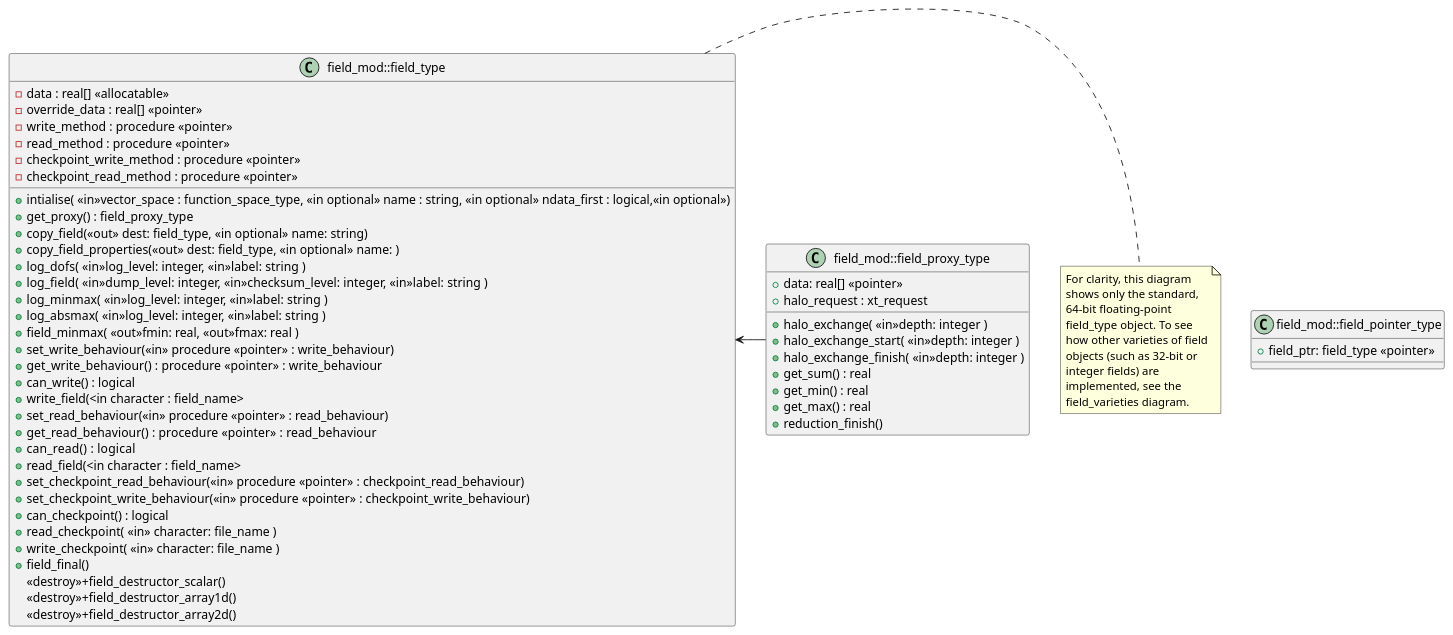
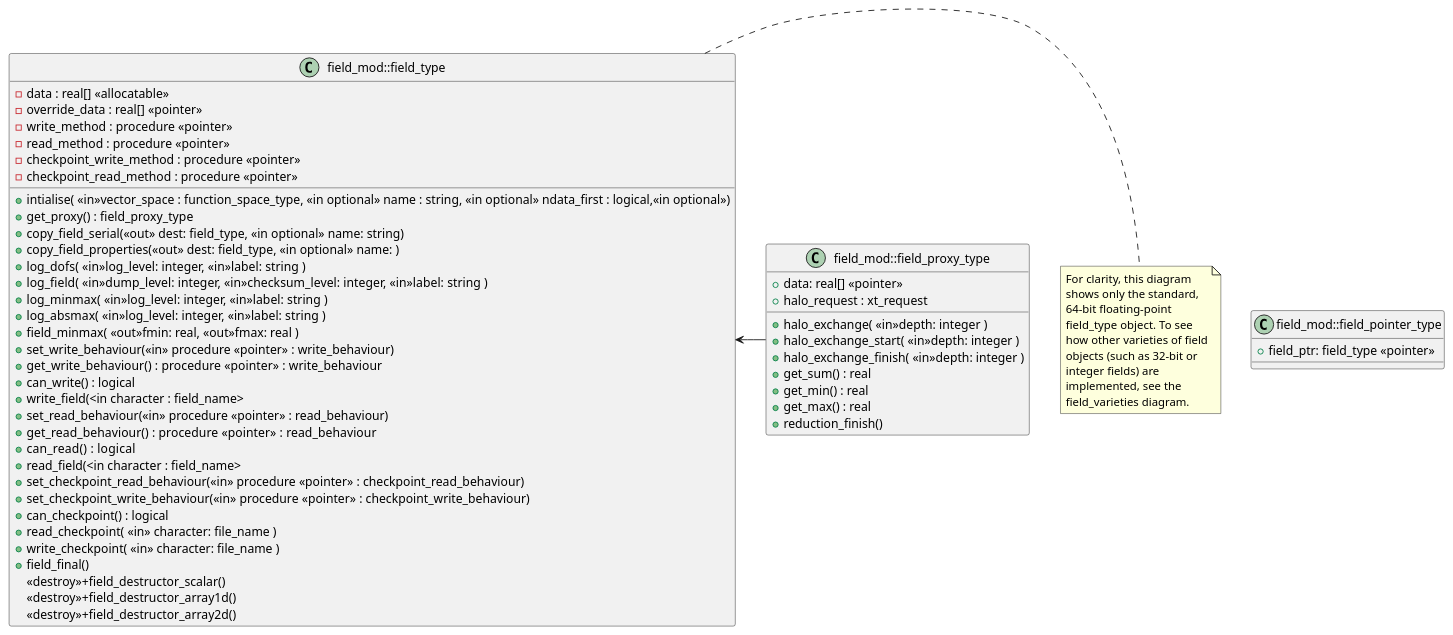
Before and after one commit to DJDavies2/lfric_core: the diagram in infrastructure/documentation/uml/field/field_mod.iuml, drawn with PlantUML. The commit also changed 54 other files, not shown here.

Commit message:
ticket:3771 for Sara Cusworth: Remove copy_field() calls from algorithms

```diff
--- a/infrastructure/documentation/uml/field/field_mod.iuml
+++ b/infrastructure/documentation/uml/field/field_mod.iuml
@@ -1,71 +1,71 @@
 ' Copyright (c) 2021,  Met Office, on behalf of HMSO and Queen's Printer
 ' For further details please refer to the file LICENCE.original which you
 ' should have received as part of this distribution.
 
 class field_mod::field_type {
   -data : real[] <<allocatable>>
   -override_data : real[] <<pointer>>
   -write_method : procedure <<pointer>>
   -read_method : procedure <<pointer>>
   -checkpoint_write_method : procedure <<pointer>>
   -checkpoint_read_method : procedure <<pointer>>
 
   +intialise( <<in>>vector_space : function_space_type, <<in optional>> name : string, <<in optional>> ndata_first : logical,<<in optional>>)
   +get_proxy() : field_proxy_type
-  +copy_field(<<out>> dest: field_type, <<in optional>> name: string)
+  +copy_field_serial(<<out>> dest: field_type, <<in optional>> name: string)
   +copy_field_properties(<<out>> dest: field_type, <<in optional>> name: )
   +log_dofs( <<in>>log_level: integer, <<in>>label: string )
   +log_field( <<in>>dump_level: integer, <<in>>checksum_level: integer, <<in>>label: string )
   +log_minmax( <<in>>log_level: integer, <<in>>label: string )
   +log_absmax( <<in>>log_level: integer, <<in>>label: string )
   +field_minmax( <<out>>fmin: real, <<out>>fmax: real )
   +set_write_behaviour(<<in>> procedure <<pointer>> : write_behaviour)
   +get_write_behaviour() :  procedure <<pointer>> : write_behaviour
   +can_write() : logical
   +write_field(<in character : field_name>
   +set_read_behaviour(<<in>> procedure <<pointer>> : read_behaviour)
   +get_read_behaviour() :  procedure <<pointer>> : read_behaviour
   +can_read()  : logical
   +read_field(<in character : field_name>
   +set_checkpoint_read_behaviour(<<in>> procedure <<pointer>> : checkpoint_read_behaviour)
   +set_checkpoint_write_behaviour(<<in>> procedure <<pointer>> : checkpoint_write_behaviour)
   +can_checkpoint() : logical
   +read_checkpoint( <<in>> character: file_name )
   +write_checkpoint( <<in>> character: file_name )
   +field_final()
   <<destroy>>+field_destructor_scalar()
   <<destroy>>+field_destructor_array1d()
   <<destroy>>+field_destructor_array2d()
 
 }
 note right
  For clarity, this diagram
  shows only the standard,
  64-bit floating-point
  field_type object. To see
  how other varieties of field
  objects (such as 32-bit or
  integer fields) are 
  implemented, see the
  field_varieties diagram.
 end note
 
 class field_mod::field_proxy_type {
   +data: real[] <<pointer>>
   +halo_request : xt_request
 
   +halo_exchange( <<in>>depth: integer )
   +halo_exchange_start( <<in>>depth: integer )
   +halo_exchange_finish( <<in>>depth: integer )
   +get_sum() : real
   +get_min() : real
   +get_max() : real
   +reduction_finish()
 }
 
 class field_mod::field_pointer_type {
   +field_ptr: field_type <<pointer>>
 
 }
 
 field_mod::field_type <- field_mod::field_proxy_type
```
